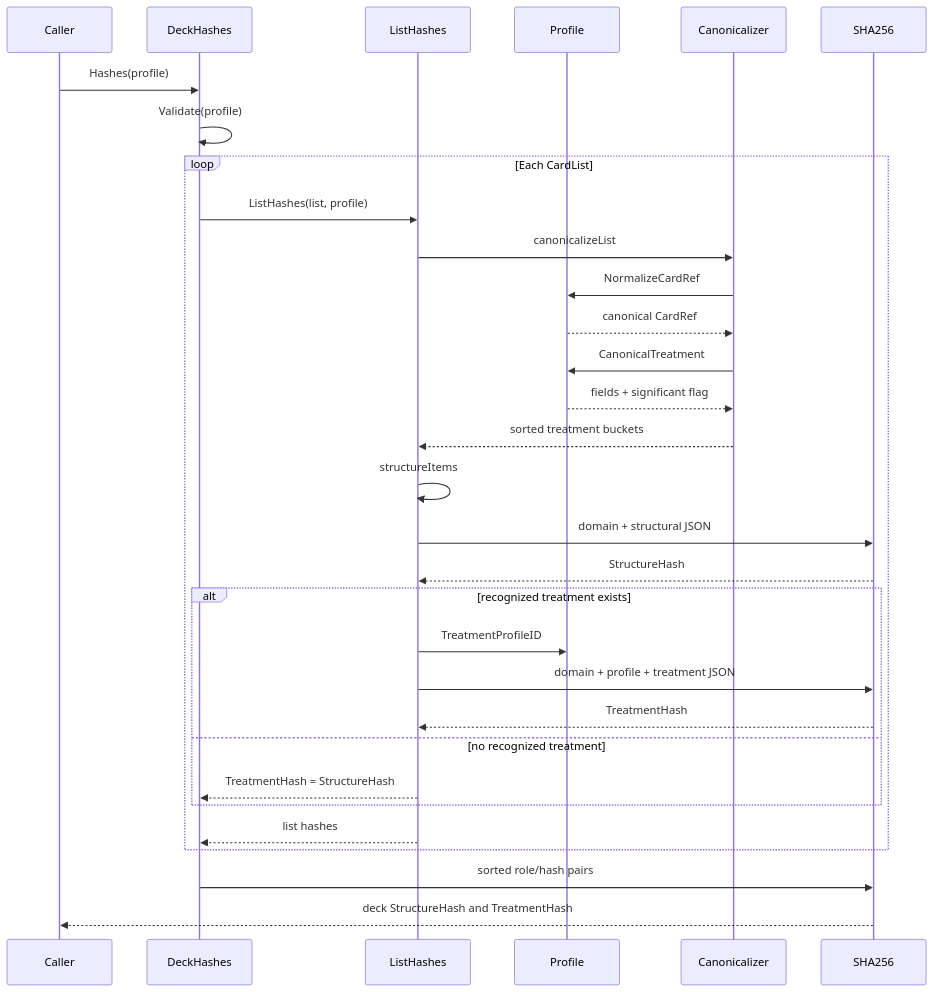
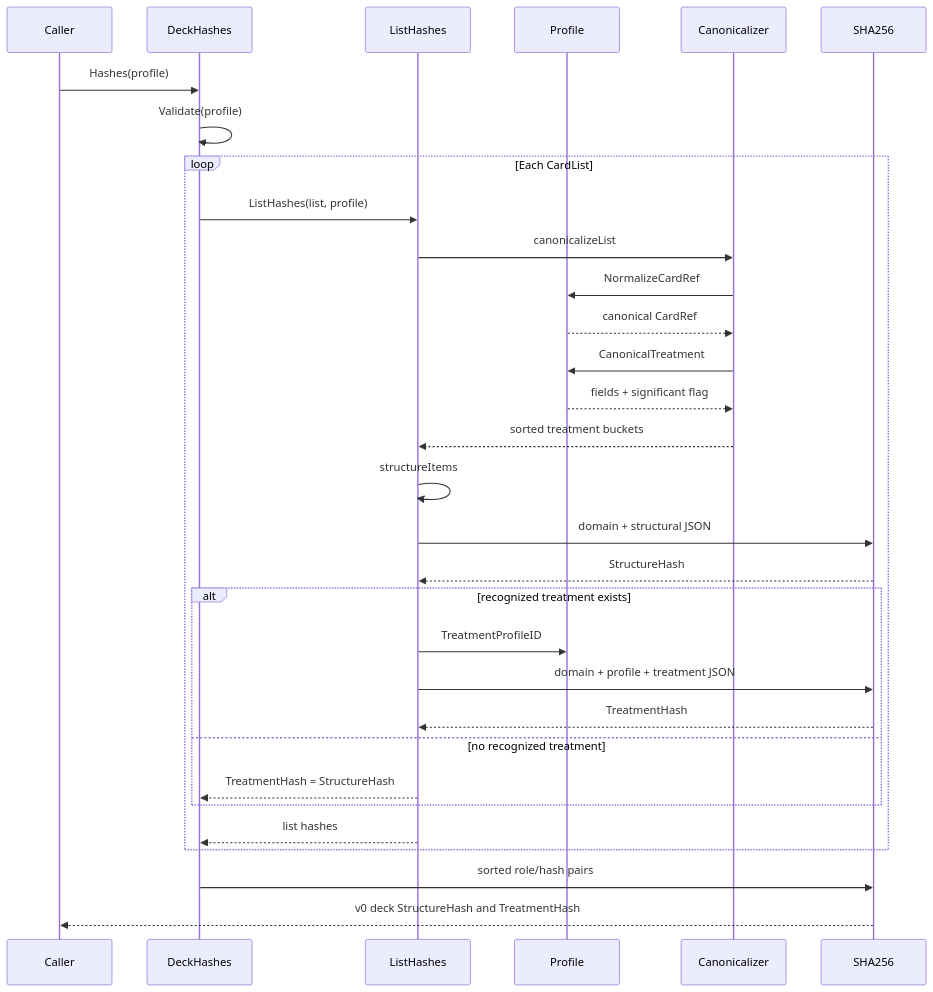
The fifth of 13 diagrams in implementation/golang/20261118_01_reference-implementation-guide.md (dan-lugg/cardhash), drawn with Mermaid before and after one commit. The commit also changed other lines of this file and 21 other files, not shown here.

````diff
--- a/implementation/golang/20261118_01_reference-implementation-guide.md
+++ b/implementation/golang/20261118_01_reference-implementation-guide.md
@@ -183,33 +181,33 @@
 ```mermaid
 sequenceDiagram
     participant Caller
     participant DeckHashes
     participant ListHashes
     participant Profile
     participant Canonicalizer
     participant SHA256
     Caller->>DeckHashes: Hashes(profile)
     DeckHashes->>DeckHashes: Validate(profile)
     loop Each CardList
         DeckHashes->>ListHashes: ListHashes(list, profile)
         ListHashes->>Canonicalizer: canonicalizeList
         Canonicalizer->>Profile: NormalizeCardRef
         Profile-->>Canonicalizer: canonical CardRef
         Canonicalizer->>Profile: CanonicalTreatment
         Profile-->>Canonicalizer: fields + significant flag
         Canonicalizer-->>ListHashes: sorted treatment buckets
         ListHashes->>ListHashes: structureItems
         ListHashes->>SHA256: domain + structural JSON
         SHA256-->>ListHashes: StructureHash
         alt recognized treatment exists
             ListHashes->>Profile: TreatmentProfileID
             ListHashes->>SHA256: domain + profile + treatment JSON
             SHA256-->>ListHashes: TreatmentHash
         else no recognized treatment
             ListHashes-->>DeckHashes: TreatmentHash = StructureHash
         end
         ListHashes-->>DeckHashes: list hashes
     end
     DeckHashes->>SHA256: sorted role/hash pairs
-    SHA256-->>Caller: deck StructureHash and TreatmentHash
+    SHA256-->>Caller: v0 deck StructureHash and TreatmentHash
 ```
````
